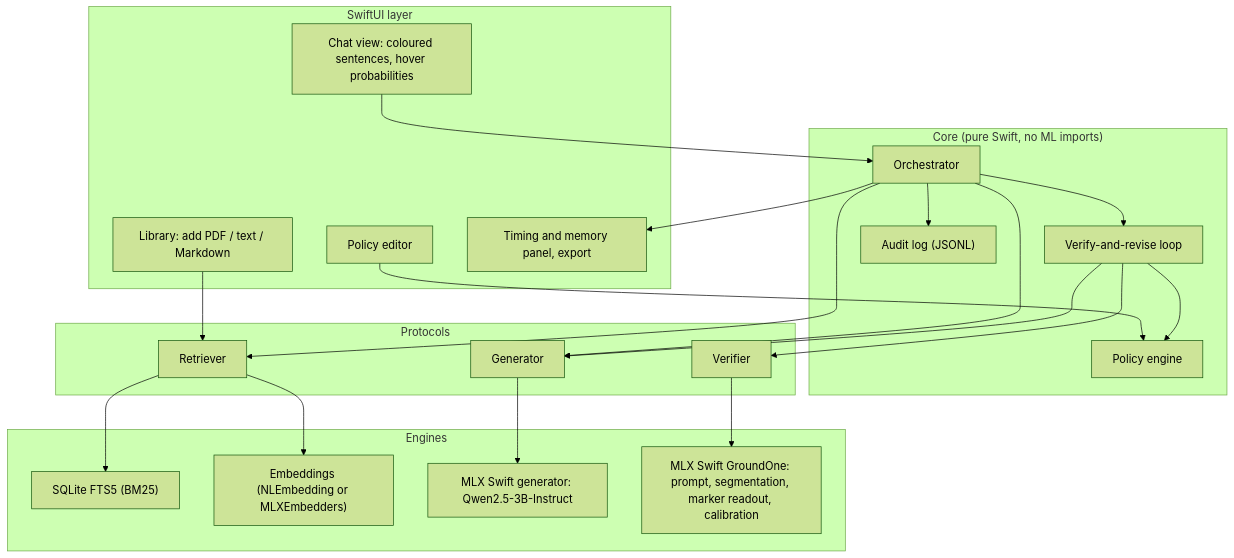
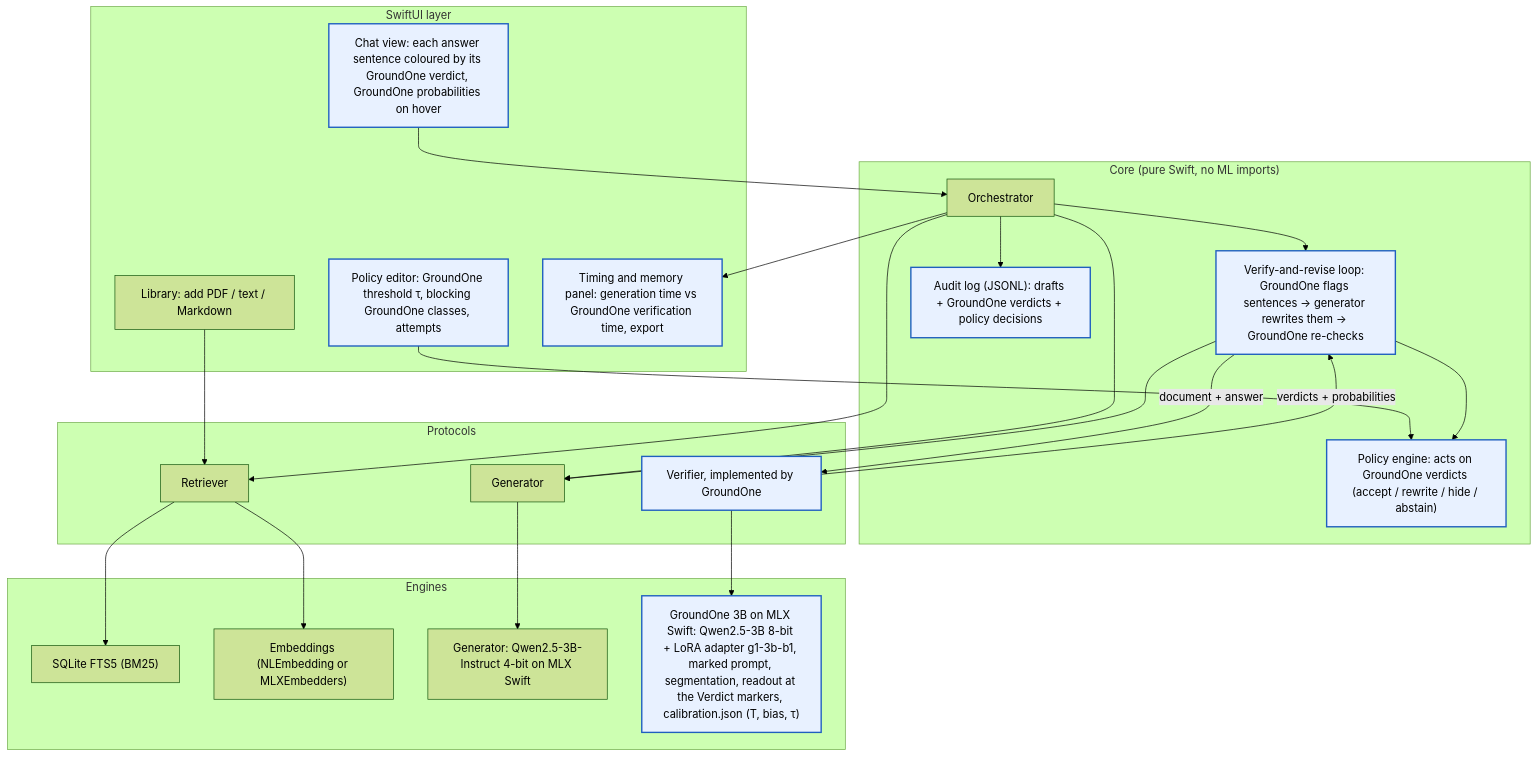
One commit to frankydedo/GroundOne changed the diagram in Project/docs/demo_architecture.md. Above: the diagram before and after it, drawn with Mermaid (forest theme). The commit also changed other lines of this file, not shown here.

Commit message:
docs: demo architecture diagram names GroundOne explicitly wherever it is used (verifier engine, loop, policy, audit, chat colouring, timing panel)

````diff
--- a/Project/docs/demo_architecture.md
+++ b/Project/docs/demo_architecture.md
@@ -56,36 +56,40 @@
 ```mermaid
 flowchart TB
   subgraph UI["SwiftUI layer"]
-    Chat["Chat view: coloured sentences, hover probabilities"]
+    Chat["Chat view: each answer sentence coloured by its GroundOne verdict, GroundOne probabilities on hover"]
     Docs["Library: add PDF / text / Markdown"]
-    Pol["Policy editor"]
-    Meas["Timing and memory panel, export"]
+    Pol["Policy editor: GroundOne threshold τ, blocking GroundOne classes, attempts"]
+    Meas["Timing and memory panel: generation time vs GroundOne verification time, export"]
   end
   subgraph Core["Core (pure Swift, no ML imports)"]
     Orc["Orchestrator"]
-    Loop["Verify-and-revise loop"]
-    PE["Policy engine"]
-    Audit["Audit log (JSONL)"]
+    Loop["Verify-and-revise loop: GroundOne flags sentences → generator rewrites them → GroundOne re-checks"]
+    PE["Policy engine: acts on GroundOne verdicts (accept / rewrite / hide / abstain)"]
+    Audit["Audit log (JSONL): drafts + GroundOne verdicts + policy decisions"]
   end
   subgraph Ports["Protocols"]
     R["Retriever"]
     G["Generator"]
-    V["Verifier"]
+    V["Verifier, implemented by GroundOne"]
   end
   subgraph Engines["Engines"]
     BM25["SQLite FTS5 (BM25)"]
     Emb["Embeddings (NLEmbedding or MLXEmbedders)"]
-    Gen["MLX Swift generator: Qwen2.5-3B-Instruct"]
-    G1["MLX Swift GroundOne: prompt, segmentation, marker readout, calibration"]
+    Gen["Generator: Qwen2.5-3B-Instruct 4-bit on MLX Swift"]
+    G1["GroundOne 3B on MLX Swift: Qwen2.5-3B 8-bit + LoRA adapter g1-3b-b1, marked prompt, segmentation, readout at the Verdict markers, calibration.json (T, bias, τ)"]
   end
   Chat --> Orc
   Docs --> R
   Pol --> PE
   Orc --> R & G & Loop
-  Loop --> V & G & PE
+  Loop -- "document + answer" --> V
+  V -- "verdicts + probabilities" --> Loop
+  Loop --> G & PE
   Orc --> Audit
   Orc --> Meas
   R --> BM25 & Emb
   G --> Gen
   V --> G1
+  classDef g1 fill:#e8f1ff,stroke:#1f5fbf,stroke-width:2px
+  class Chat,Pol,Meas,Loop,PE,Audit,V,G1 g1
 ```
````
